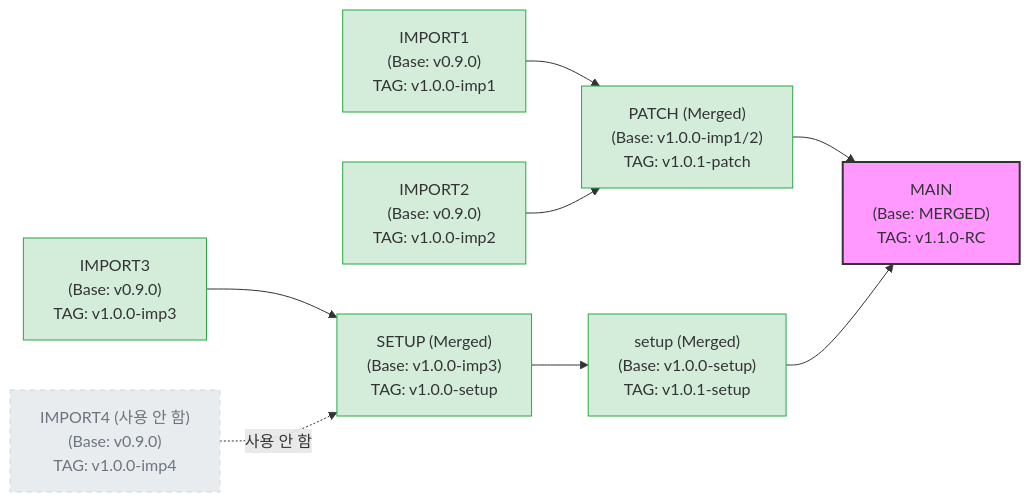
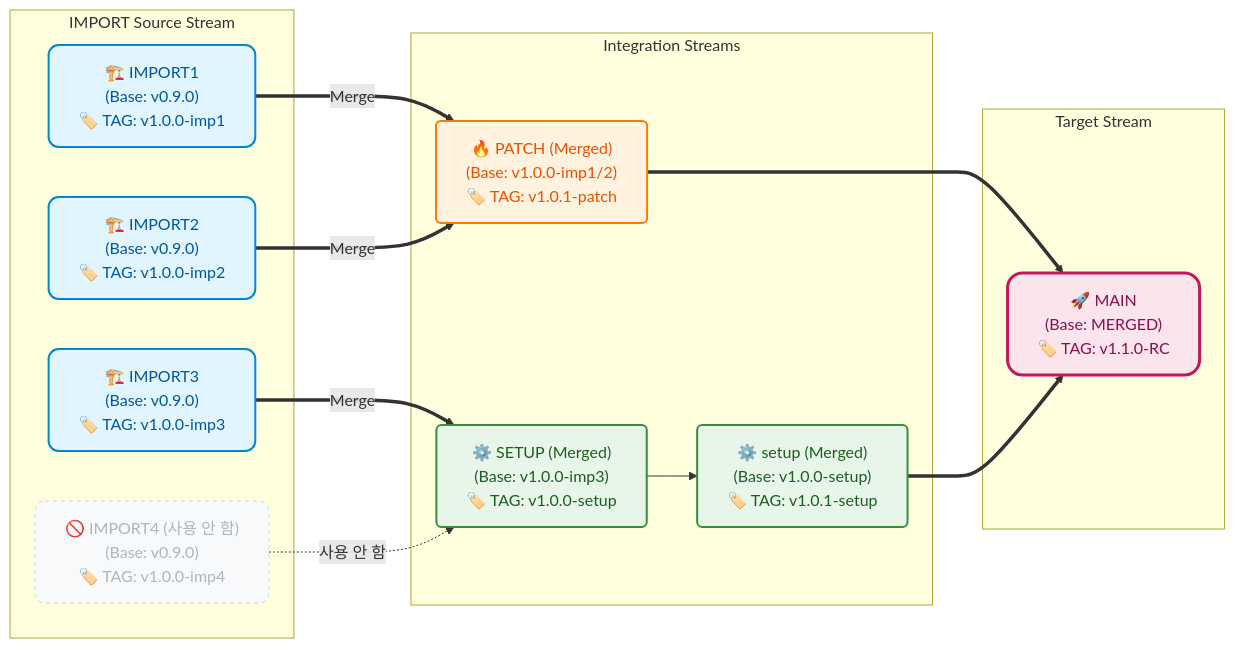
Before and after one commit to ysh1380/Releases-Board: the diagram in WIKI.md, drawn with Mermaid.

Commit message:
docs: beautify mermaid DAG diagram with colors, subgraphs, and emojis

````diff
--- a/WIKI.md
+++ b/WIKI.md
@@ -37,35 +37,37 @@
 ```mermaid
 graph LR
-    %% Branch/Node Definition
-    I1["IMPORT1<br/>(Base: v0.9.0)<br/>TAG: v1.0.0-imp1"]
-    I2["IMPORT2<br/>(Base: v0.9.0)<br/>TAG: v1.0.0-imp2"]
-    
-    I3["IMPORT3<br/>(Base: v0.9.0)<br/>TAG: v1.0.0-imp3"]
-    I4["IMPORT4 (사용 안 함)<br/>(Base: v0.9.0)<br/>TAG: v1.0.0-imp4"]
-    
-    P["PATCH (Merged)<br/>(Base: v1.0.0-imp1/2)<br/>TAG: v1.0.1-patch"]
-    
-    S1["SETUP (Merged)<br/>(Base: v1.0.0-imp3)<br/>TAG: v1.0.0-setup"]
-    S2["setup (Merged)<br/>(Base: v1.0.0-setup)<br/>TAG: v1.0.1-setup"]
-    
-    M["MAIN<br/>(Base: MERGED)<br/>TAG: v1.1.0-RC"]
+    %% Branch/Node Definition & Styling Defaults
+    classDef importNode fill:#e1f5fe,stroke:#0288d1,stroke-width:2px,color:#01579b,rx:10,ry:10;
+    classDef patchNode fill:#fff3e0,stroke:#f57c00,stroke-width:2px,color:#e65100,rx:5,ry:5;
+    classDef setupNode fill:#e8f5e9,stroke:#388e3c,stroke-width:2px,color:#1b5e20,rx:5,ry:5;
+    classDef mainNode fill:#fce4ec,stroke:#c2185b,stroke-width:3px,color:#880e4f,rx:15,ry:15;
+    classDef dimmed fill:#f8f9fa,stroke:#ced4da,stroke-width:1px,color:#adb5bd,stroke-dasharray: 4 4,rx:10,ry:10;
+
+    subgraph "IMPORT Source Stream"
+        I1["🏗️ IMPORT1<br/>(Base: v0.9.0)<br/>🏷️ TAG: v1.0.0-imp1"]:::importNode
+        I2["🏗️ IMPORT2<br/>(Base: v0.9.0)<br/>🏷️ TAG: v1.0.0-imp2"]:::importNode
+        I3["🏗️ IMPORT3<br/>(Base: v0.9.0)<br/>🏷️ TAG: v1.0.0-imp3"]:::importNode
+        I4["🚫 IMPORT4 (사용 안 함)<br/>(Base: v0.9.0)<br/>🏷️ TAG: v1.0.0-imp4"]:::dimmed
+    end
+
+    subgraph "Integration Streams"
+        P["🔥 PATCH (Merged)<br/>(Base: v1.0.0-imp1/2)<br/>🏷️ TAG: v1.0.1-patch"]:::patchNode
+        
+        S1["⚙️ SETUP (Merged)<br/>(Base: v1.0.0-imp3)<br/>🏷️ TAG: v1.0.0-setup"]:::setupNode
+        S2["⚙️ setup (Merged)<br/>(Base: v1.0.0-setup)<br/>🏷️ TAG: v1.0.1-setup"]:::setupNode
+    end
+
+    subgraph "Target Stream"
+        M["🚀 MAIN<br/>(Base: MERGED)<br/>🏷️ TAG: v1.1.0-RC"]:::mainNode
+    end
 
     %% Flow Definitions
-    I1 --> P
-    I2 --> P
-    P --> M
+    I1 ==>|Merge| P
+    I2 ==>|Merge| P
+    P ==> M
     
-    I3 --> S1
+    I3 ==>|Merge| S1
     I4 -.->|사용 안 함| S1
     S1 --> S2
-    S2 --> M
-    
-    %% Styling
-    classDef main fill:#f9f,stroke:#333,stroke-width:2px;
-    classDef tag fill:#d4edda,stroke:#28a745,stroke-width:1px;
-    classDef dimmed fill:#e9ecef,stroke:#ced4da,stroke-width:1px,color:#6c757d,stroke-dasharray: 5 5;
-    
-    class M main;
-    class I1,I2,I3,P,S1,S2 tag;
-    class I4,S3,S4 dimmed;
+    S2 ==> M
 ```
````
